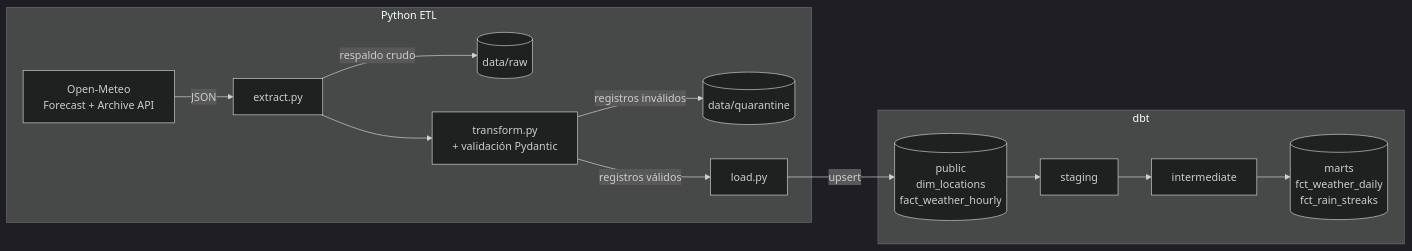
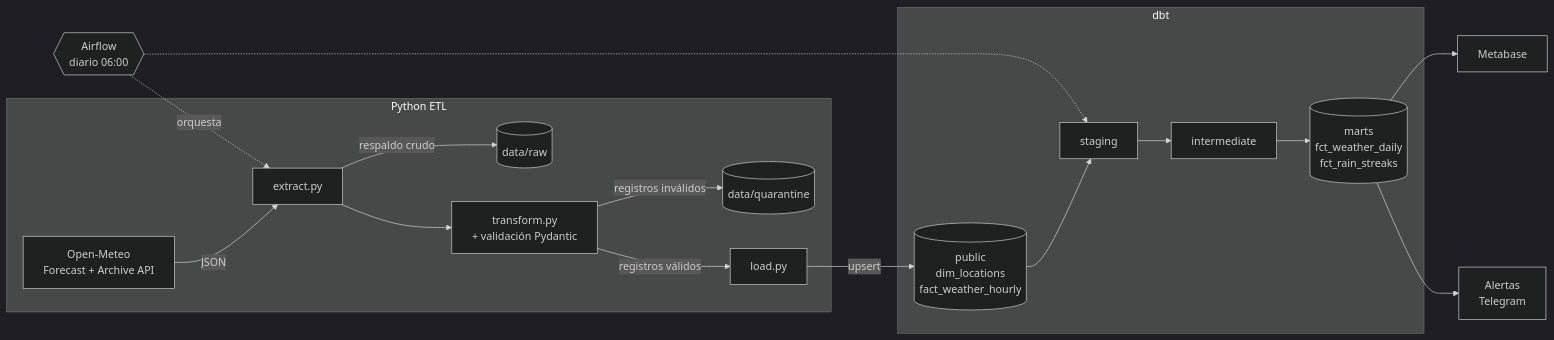
Before and after one commit to GiuliRenz/Pipeline: the diagram in README.md, drawn with Mermaid (dark theme). The commit also changed other lines of this file and 10 other files, not shown here.

Commit message:
Orquestación con Airflow y alertas por Telegram

````diff
--- a/README.md
+++ b/README.md
@@ -11,14 +11,18 @@
 ```mermaid
 flowchart LR
+    AF{{Airflow<br/>diario 06:00}} -.->|orquesta| E
+    AF -.-> STG
     subgraph Python ETL
         API[Open-Meteo<br/>Forecast + Archive API] -->|JSON| E[extract.py]
         E -->|respaldo crudo| RAW[(data/raw)]
         E --> T[transform.py<br/>+ validación Pydantic]
         T -->|registros inválidos| Q[(data/quarantine)]
         T -->|registros válidos| L[load.py]
     end
     L -->|upsert| SRC[(public<br/>dim_locations<br/>fact_weather_hourly)]
     subgraph dbt
         SRC --> STG[staging] --> INT[intermediate] --> MARTS[(marts<br/>fct_weather_daily<br/>fct_rain_streaks)]
     end
+    MARTS --> MB[Metabase]
+    MARTS --> TG[Alertas<br/>Telegram]
 ```
````
